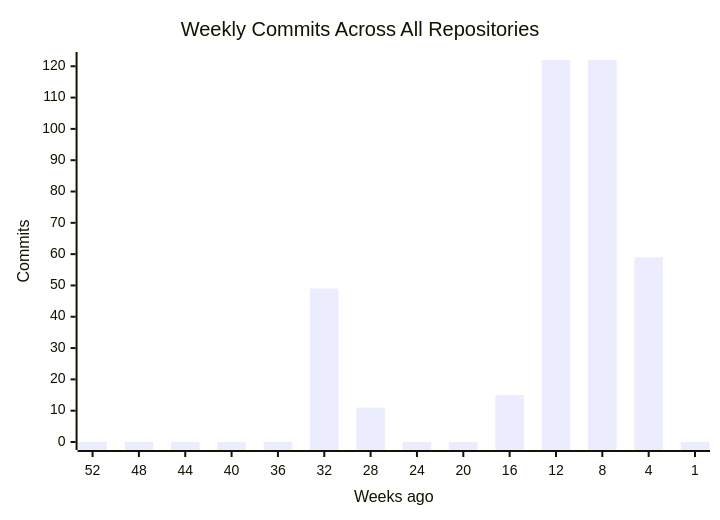
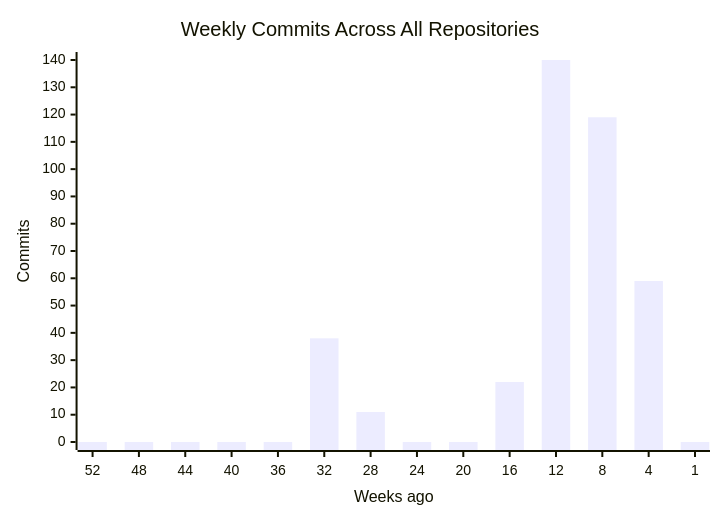
The first of 4 diagrams in profile/README.md (CSTH-Projects/.github), drawn with Mermaid before and after one commit. The commit also changed other lines of this file, not shown here.

````diff
--- a/profile/README.md
+++ b/profile/README.md
@@ -16,7 +16,7 @@
 ```mermaid
 xychart-beta
     title "Weekly Commits Across All Repositories"
     x-axis "Weeks ago" [52, 48, 44, 40, 36, 32, 28, 24, 20, 16, 12, 8, 4, 1]
     y-axis "Commits"
-    bar [0, 0, 0, 0, 0, 49, 11, 0, 0, 15, 122, 122, 59, 0]
+    bar [0, 0, 0, 0, 0, 38, 11, 0, 0, 22, 140, 119, 59, 0]
 ```
````
